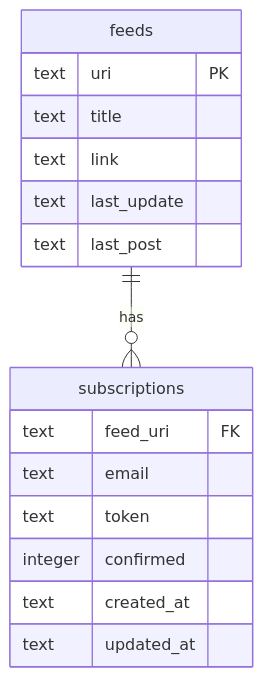
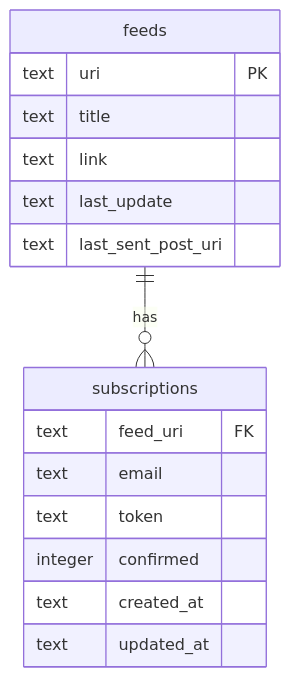
One commit to iyaki/simple-newsletter changed the diagram in specs/database-schema.md. Above: the diagram before and after it, drawn with Mermaid. The commit also changed other lines of this file and 4 other files, not shown here.

````diff
--- a/specs/database-schema.md
+++ b/specs/database-schema.md
@@ -68,19 +68,19 @@
 ```mermaid
 erDiagram
     feeds ||--o{ subscriptions : "has"
     feeds {
         text uri PK
         text title
         text link
         text last_update
-        text last_post
+        text last_sent_post_uri
     }
     subscriptions {
         text feed_uri FK
         text email
         text token
         integer confirmed
         text created_at
         text updated_at
     }
 ```
````
